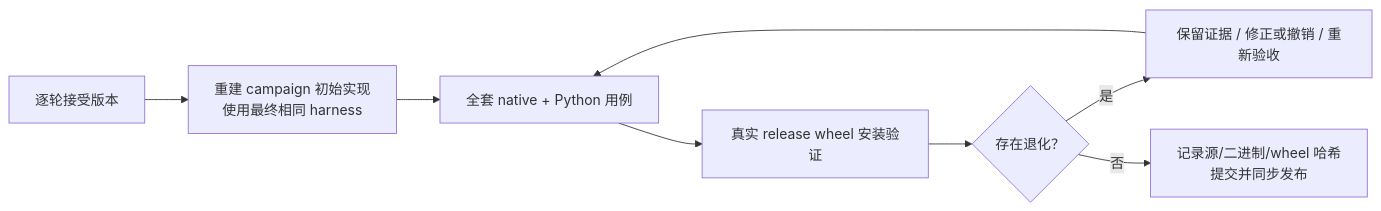
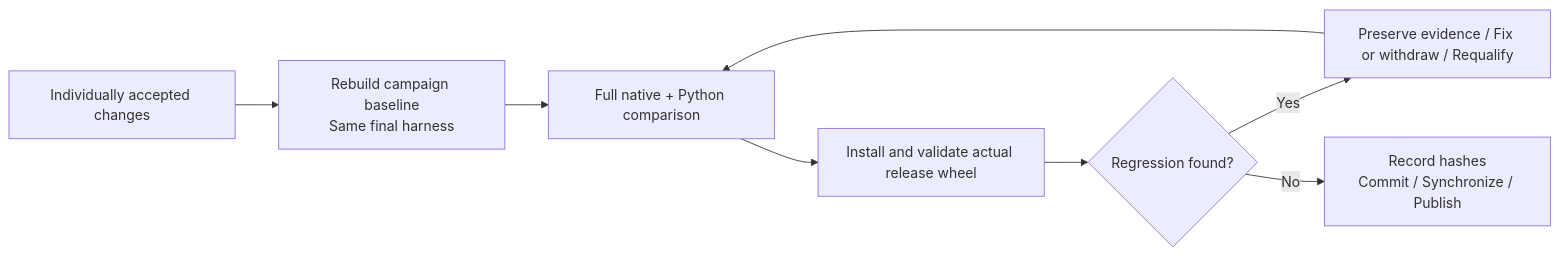
Before and after one commit to XieWeikai/mcap-ops: the diagram in RSI/workflow.md, drawn with Mermaid. The commit also changed other lines of this file and 71 other files, not shown here.

````diff
--- a/RSI/workflow.md
+++ b/RSI/workflow.md
@@ -173,10 +201,10 @@
 ```mermaid
 flowchart LR
-    A["逐轮接受版本"] --> B["重建 campaign 初始实现<br/>使用最终相同 harness"]
-    B --> C["全套 native + Python 用例"]
-    C --> D["真实 release wheel 安装验证"]
-    D --> E{"存在退化？"}
-    E -->|"是"| F["保留证据 / 修正或撤销 / 重新验收"]
+    A["Individually accepted changes"] --> B["Rebuild campaign baseline<br/>Same final harness"]
+    B --> C["Full native + Python comparison"]
+    C --> D["Install and validate actual release wheel"]
+    D --> E{"Regression found?"}
+    E -->|"Yes"| F["Preserve evidence / Fix or withdraw / Requalify"]
     F --> C
-    E -->|"否"| G["记录源/二进制/wheel 哈希<br/>提交并同步发布"]
+    E -->|"No"| G["Record hashes<br/>Commit / Synchronize / Publish"]
 ```
````
